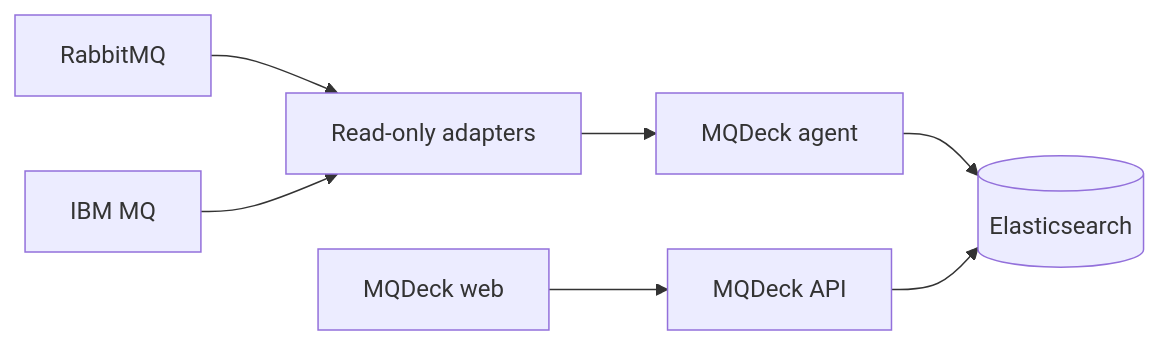
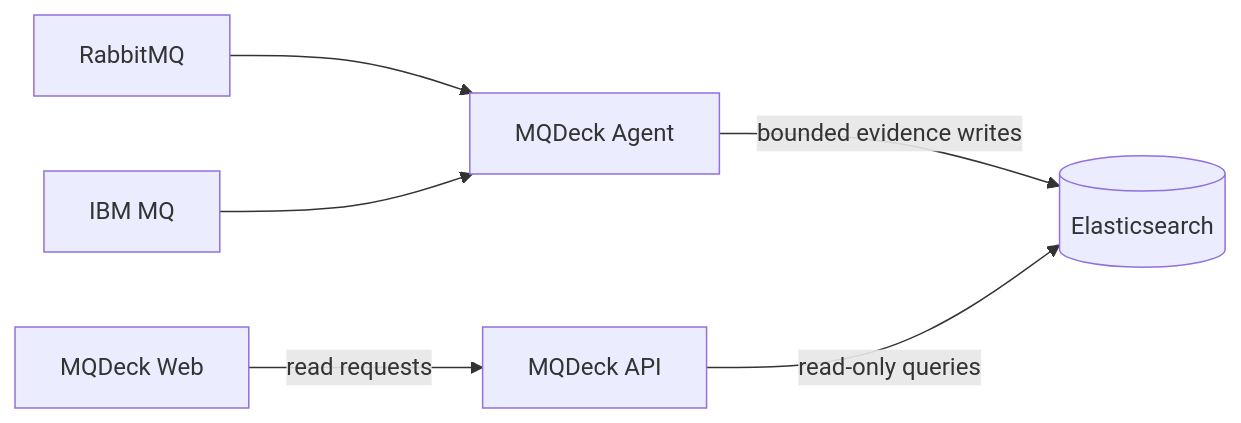
Before and after one commit to mqdeck/mqdeck: the diagram in README.md, drawn with Mermaid. The commit also changed other lines of this file and 41 other files, not shown here.

````diff
--- a/README.md
+++ b/README.md
@@ -12,9 +76,8 @@
 ```mermaid
 flowchart LR
-    RMQ["RabbitMQ"] --> ADAPTERS["Read-only adapters"]
-    IBM["IBM MQ"] --> ADAPTERS
-    ADAPTERS --> AGENT["MQDeck agent"]
-    AGENT --> ES[("Elasticsearch")]
-    WEB["MQDeck web"] --> API["MQDeck API"]
-    API --> ES
+    RMQ["RabbitMQ"] --> AGENT["MQDeck Agent"]
+    IBM["IBM MQ"] --> AGENT
+    AGENT -->|"bounded evidence writes"| ES[("Elasticsearch")]
+    WEB["MQDeck Web"] -->|"read requests"| API["MQDeck API"]
+    API -->|"read-only queries"| ES
 ```
````
